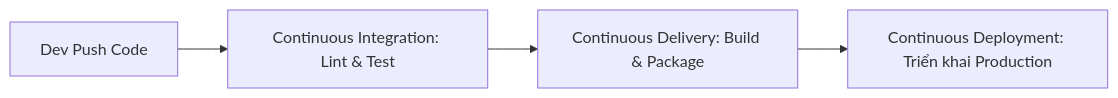
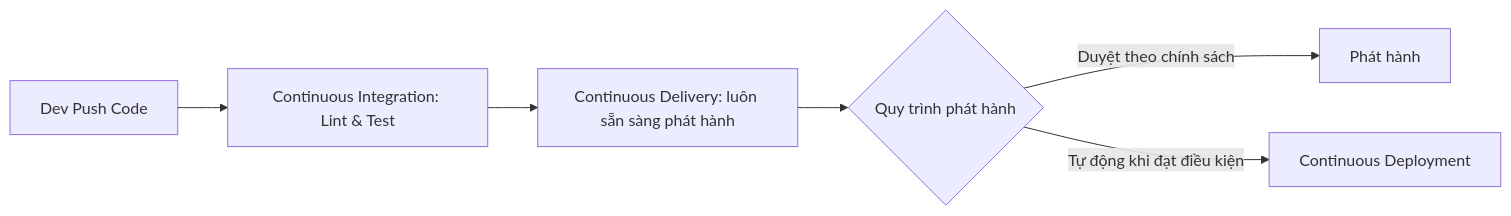
Before and after one commit to maitamdev/Git: the diagram in courses/07-github-actions/01-ci-cd-concept/lesson.md, drawn with Mermaid. The commit also changed other lines of this file and 478 other files, not shown here.

````diff
--- a/courses/07-github-actions/01-ci-cd-concept/lesson.md
+++ b/courses/07-github-actions/01-ci-cd-concept/lesson.md
@@ -34,6 +34,8 @@
 ```mermaid
 flowchart LR
     Dev[Dev Push Code] --> CI[Continuous Integration: Lint & Test]
-    CI --> CDeliv[Continuous Delivery: Build & Package]
-    CDeliv --> Deploy[Continuous Deployment: Triển khai Production]
+    CI --> CDeliv[Continuous Delivery: luôn sẵn sàng phát hành]
+    CDeliv --> Decision{Quy trình phát hành}
+    Decision -->|Duyệt theo chính sách| Release[Phát hành]
+    Decision -->|Tự động khi đạt điều kiện| Deploy[Continuous Deployment]
 ```
````
